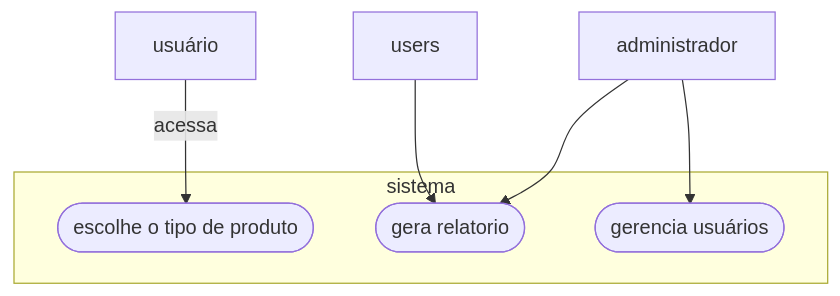
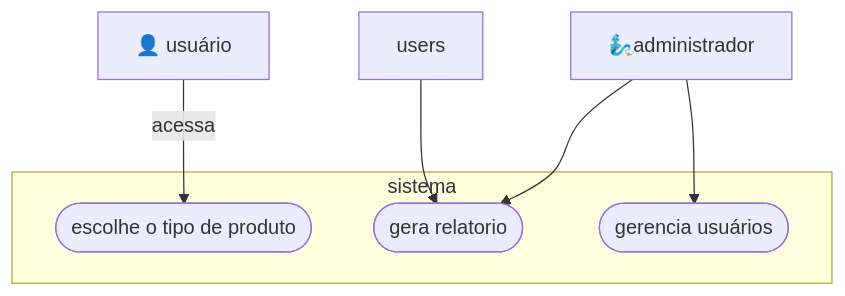
One commit to CTISM-Prof-Henry/trab-final-tarde-criacao changed the diagram in app/Untitled diagram _ Mermaid Chart-2025-09-02-184833.mmd. Above: the diagram before and after it, drawn with Mermaid.

Commit message:
Untitled diagram _ Mermaid Chart-2025-09-02-184833.mmd

```diff
--- a/app/Untitled diagram _ Mermaid Chart-2025-09-02-184833.mmd
+++ b/app/Untitled diagram _ Mermaid Chart-2025-09-02-184833.mmd
@@ -1,17 +1,17 @@
 flowchart TD 
     %% TD - Top down (diagrama sai na vertical)
     %% LR - left rigth (diagrama sai na horizontal)
-    user["usuário"]
-    adm["administrador"]
+    user["👤 usuário"]
+    adm["🧞‍♂️administrador"]
 
     subgraph "sistema"
     Escolhe(["escolhe o tipo de produto"])
     relatorio([gera relatorio])
     gerencia([gerencia usuários])
 end
 
     adm -->relatorio
     adm -->gerencia
 
     user --"acessa" -->Escolhe
     users -->relatorio
```
